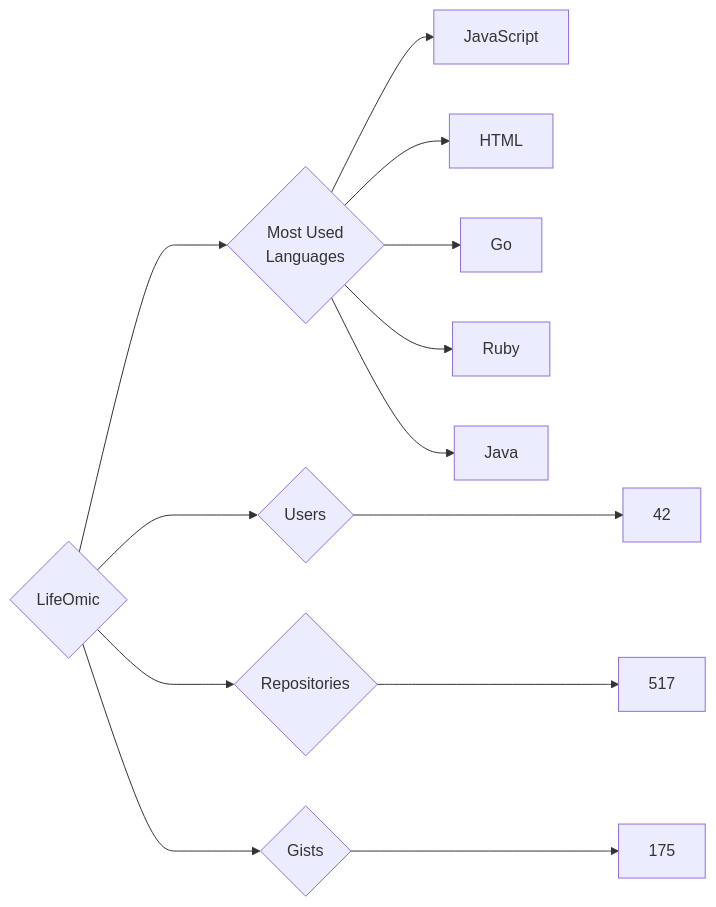
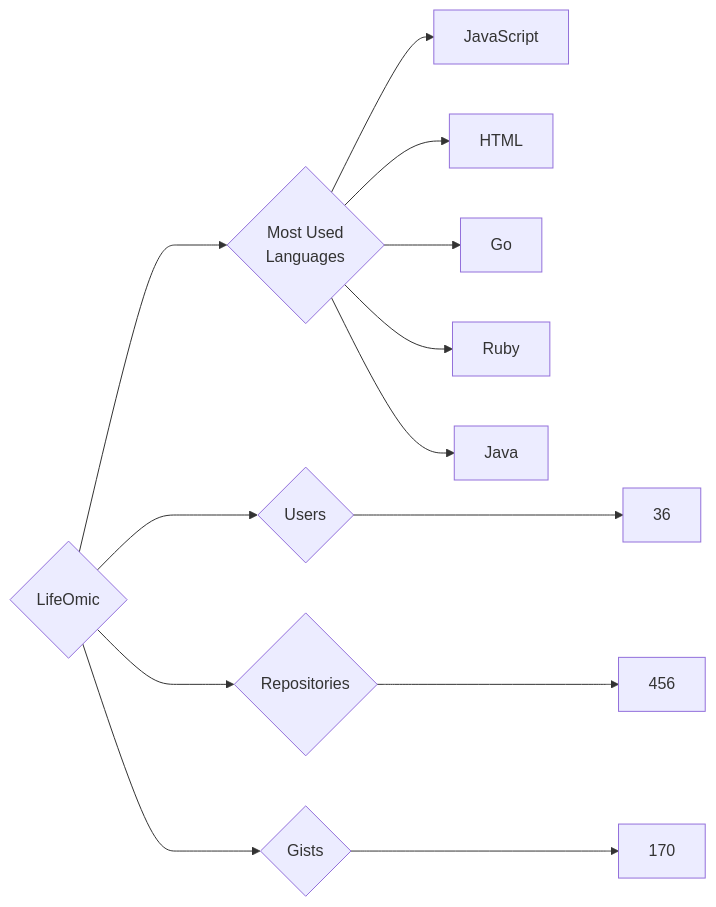
The diagram in targets/LifeOmic/README.md (trickest/insiders), drawn with Mermaid before and after one commit. The commit also changed 797 other files, not shown here.

````diff
--- a/targets/LifeOmic/README.md
+++ b/targets/LifeOmic/README.md
@@ -3,13 +3,13 @@
 ```mermaid
 graph LR
 COMPANY_NAME{LifeOmic}
-COMPANY_NAME ---> U{Users} ---> UN[42]
-COMPANY_NAME ---> R{Repositories} ---> RN[517]
-COMPANY_NAME ---> G{Gists} ---> GN[175]
+COMPANY_NAME ---> U{Users} ---> UN[36]
+COMPANY_NAME ---> R{Repositories} ---> RN[456]
+COMPANY_NAME ---> G{Gists} ---> GN[170]
 COMPANY_NAME ---> ML{Most Used<br>Languages}
 ML --> JavaScript[JavaScript]
 ML --> HTML[HTML]
 ML --> Go[Go]
 ML --> Ruby[Ruby]
 ML --> Java[Java]
 ```
````
